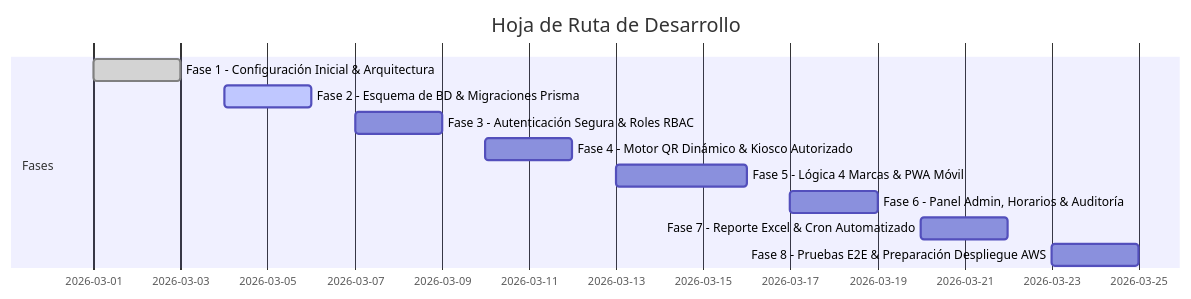
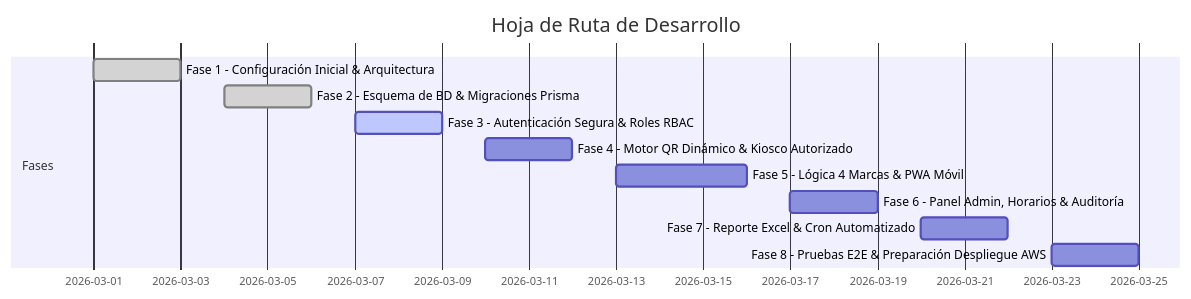
One commit to intecoalsas/intecoal-asistencia changed the diagram in ESTADO_PROYECTO.md. Above: the diagram before and after it, drawn with Mermaid. The commit also changed other lines of this file and 21 other files, not shown here.

Commit message:
feat(fase-2): diseno e implementacion de base de datos con prisma, migraciones y seed

````diff
--- a/ESTADO_PROYECTO.md
+++ b/ESTADO_PROYECTO.md
@@ -20,14 +20,14 @@
 ```mermaid
 gantt
     title Hoja de Ruta de Desarrollo
     dateFormat  YYYY-MM-DD
     section Fases
     Fase 1 - Configuración Inicial & Arquitectura     :done, f1, 2026-03-01, 2026-03-03
-    Fase 2 - Esquema de BD & Migraciones Prisma      :active, f2, 2026-03-04, 2026-03-06
-    Fase 3 - Autenticación Segura & Roles RBAC        :f3, 2026-03-07, 2026-03-09
+    Fase 2 - Esquema de BD & Migraciones Prisma      :done, f2, 2026-03-04, 2026-03-06
+    Fase 3 - Autenticación Segura & Roles RBAC        :active, f3, 2026-03-07, 2026-03-09
     Fase 4 - Motor QR Dinámico & Kiosco Autorizado    :f4, 2026-03-10, 2026-03-12
     Fase 5 - Lógica 4 Marcas & PWA Móvil              :f5, 2026-03-13, 2026-03-16
     Fase 6 - Panel Admin, Horarios & Auditoría        :f6, 2026-03-17, 2026-03-19
     Fase 7 - Reporte Excel & Cron Automatizado        :f7, 2026-03-20, 2026-03-22
     Fase 8 - Pruebas E2E & Preparación Despliegue AWS :f8, 2026-03-23, 2026-03-25
 ```
````
